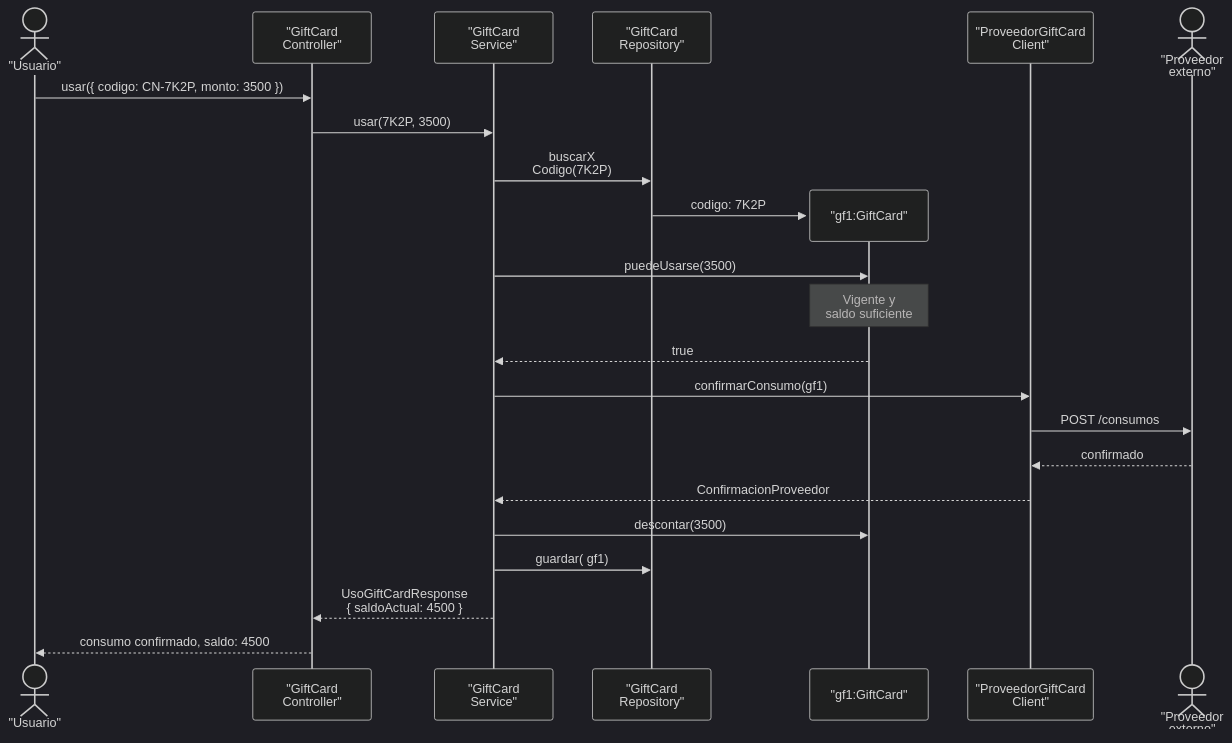
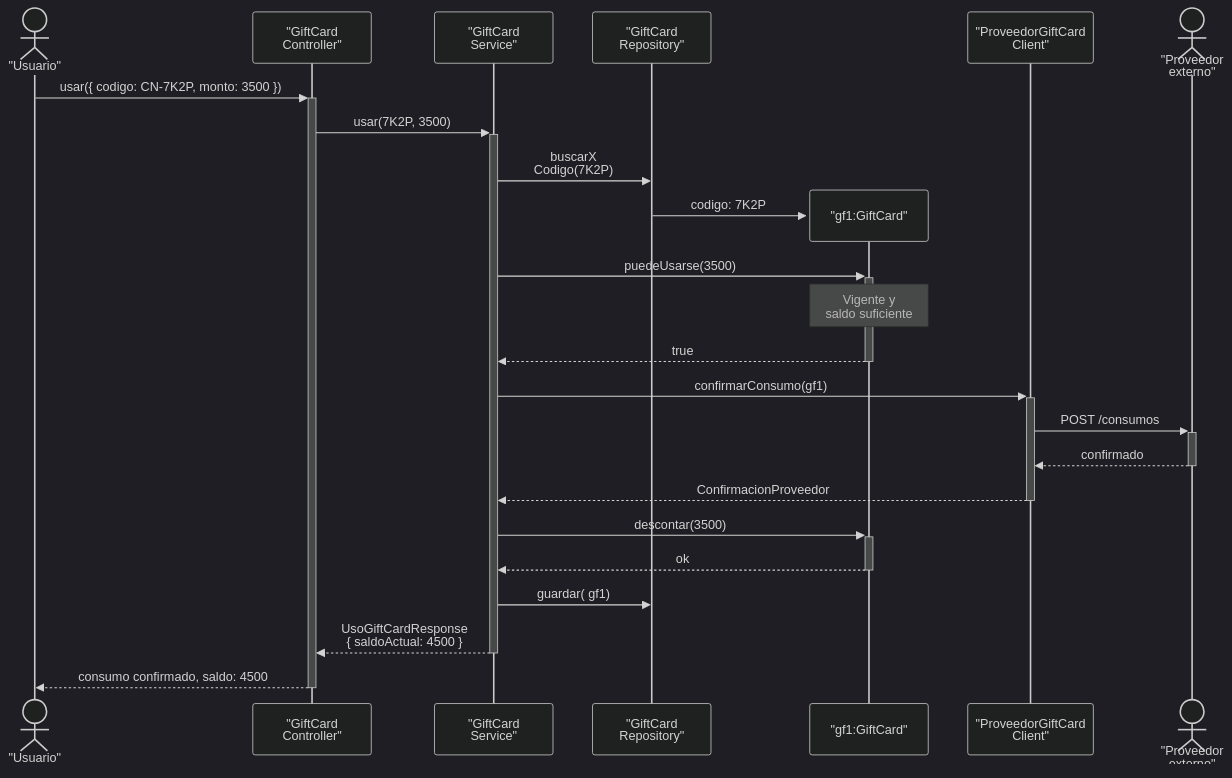
Before and after one commit to ezequieljsosa/ddso-unsam: the fourth of 4 diagrams in presentaciones/intro/pages/ejemplo-gift-cards.md, drawn with Mermaid. The commit also changed other lines of this file and 16 other files, not shown here.

First line of the commit message:
feat: expand intro and clean-architecture slides with new concepts

````diff
--- a/presentaciones/intro/pages/ejemplo-gift-cards.md
+++ b/presentaciones/intro/pages/ejemplo-gift-cards.md
@@ -173,28 +173,29 @@
 ```mermaid
-%%{init: {"theme":"dark","themeVariables":{"fontFamily":"Inter","fontSize":"36px"}} }%%
+%%{init: {"theme":"dark","themeVariables":{"fontFamily":"Inter","fontSize":"14px"}} }%%
 sequenceDiagram
     actor Usuario as "Usuario"
     participant Controller as "GiftCard<br/>Controller"
     participant Service as "GiftCard<br/>Service"
     participant Repo as "GiftCard<br/>Repository"
 
-    Usuario->>Controller: usar({ codigo: CN-7K2P, monto: 3500 })
-    Controller->>Service: usar(7K2P, 3500)
+    Usuario->>+Controller: usar({ codigo: CN-7K2P, monto: 3500 })
+    Controller->>+Service: usar(7K2P, 3500)
     Service->>Repo: buscarX<br/>Codigo(7K2P)
     create participant Card as "gf1:GiftCard"
     Repo->>Card:  codigo: 7K2P
    
-    Service->>Card: puedeUsarse(3500)
+    Service->>+Card: puedeUsarse(3500)
     Note over Card: Vigente y <br/>saldo suficiente
-    Card-->>Service: true
+    Card-->>-Service: true
     participant Client as "ProveedorGiftCard<br/>Client"
     actor Proveedor as "Proveedor<br/>externo"
-    Service->>Client: confirmarConsumo(gf1)
-    Client->>Proveedor: POST /consumos
-    Proveedor-->>Client: confirmado
-    Client-->>Service: ConfirmacionProveedor
-    Service->>Card: descontar(3500)
+    Service->>+Client: confirmarConsumo(gf1)
+    Client->>+Proveedor: POST /consumos
+    Proveedor-->>-Client: confirmado
+    Client-->>-Service: ConfirmacionProveedor
+    Service->>+Card: descontar(3500)
+    Card-->>-Service: ok
     Service->>Repo: guardar( gf1)
-    Service-->>Controller: UsoGiftCardResponse<br/>{ saldoActual: 4500 }
-    Controller-->>Usuario: consumo confirmado, saldo: 4500
+    Service-->>-Controller: UsoGiftCardResponse<br/>{ saldoActual: 4500 }
+    Controller-->>-Usuario: consumo confirmado, saldo: 4500
 ```
````
